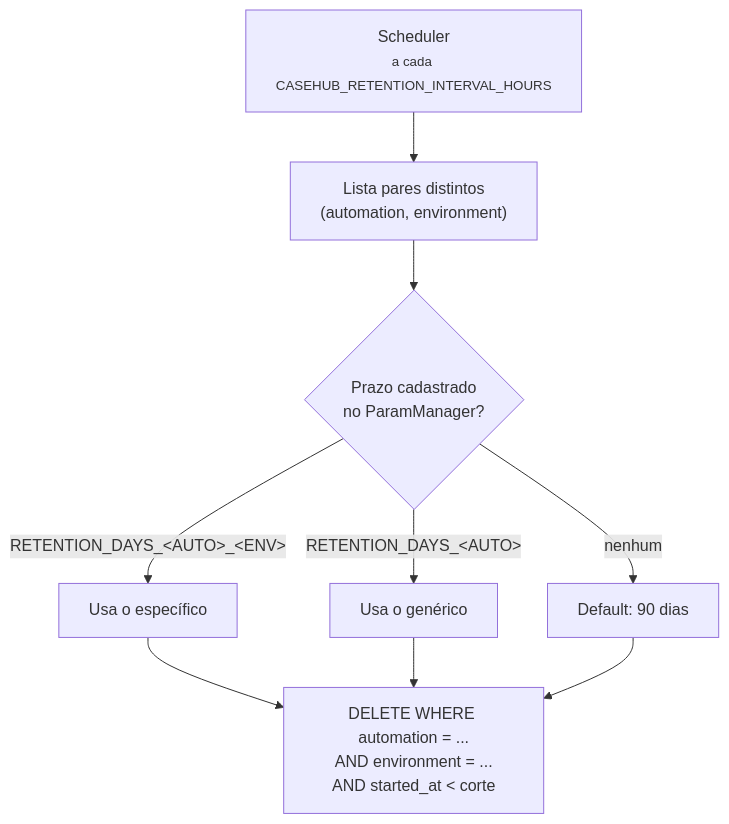
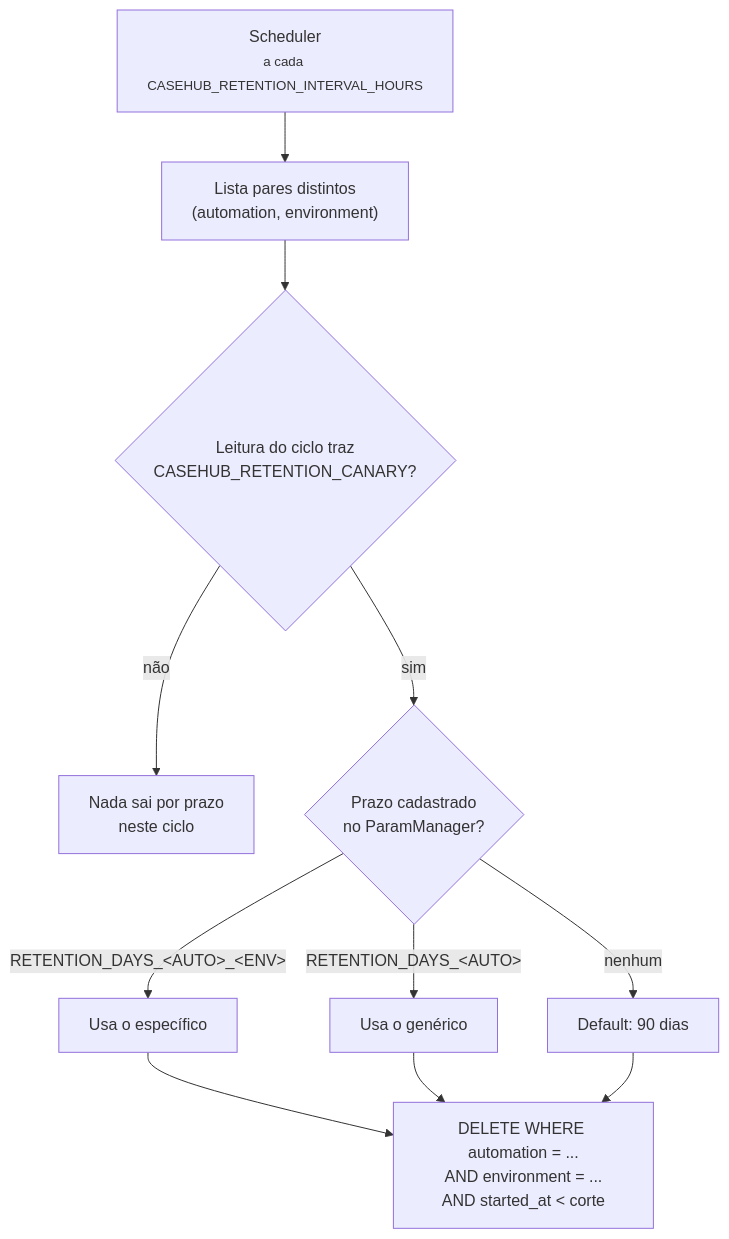
The diagram in docs/api/retencao.md (MatheusLPolidoro/docs-casehub), drawn with Mermaid before and after one commit. The commit also changed other lines of this file and 7 other files, not shown here.

````diff
--- a/docs/api/retencao.md
+++ b/docs/api/retencao.md
@@ -7,11 +7,13 @@
 ```mermaid
 flowchart TD
     S["Scheduler<br/><small>a cada CASEHUB_RETENTION_INTERVAL_HOURS</small>"] --> L["Lista pares distintos<br/>(automation, environment)"]
-    L --> P{"Prazo cadastrado<br/>no ParamManager?"}
+    L --> C{"Leitura do ciclo traz<br/>CASEHUB_RETENTION_CANARY?"}
+    C -->|não| N["Nada sai por prazo<br/>neste ciclo"]
+    C -->|sim| P{"Prazo cadastrado<br/>no ParamManager?"}
     P -->|"RETENTION_DAYS_&lt;AUTO&gt;_&lt;ENV&gt;"| D["Usa o específico"]
     P -->|"RETENTION_DAYS_&lt;AUTO&gt;"| G["Usa o genérico"]
     P -->|nenhum| DF["Default: 90 dias"]
     D --> X["DELETE WHERE automation = ...<br/>AND environment = ...<br/>AND started_at &lt; corte"]
     G --> X
     DF --> X
 ```
````
